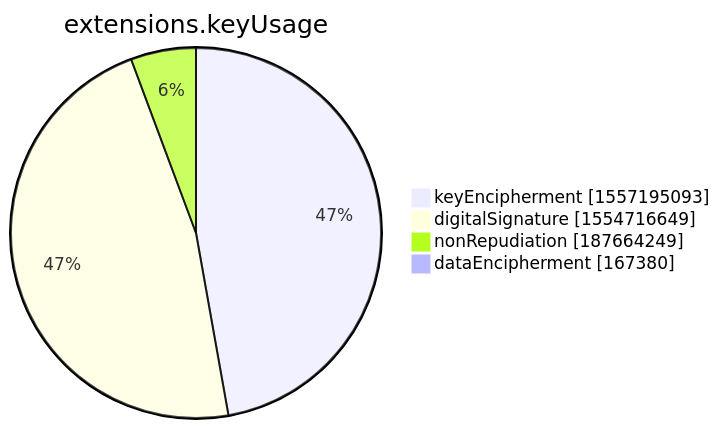
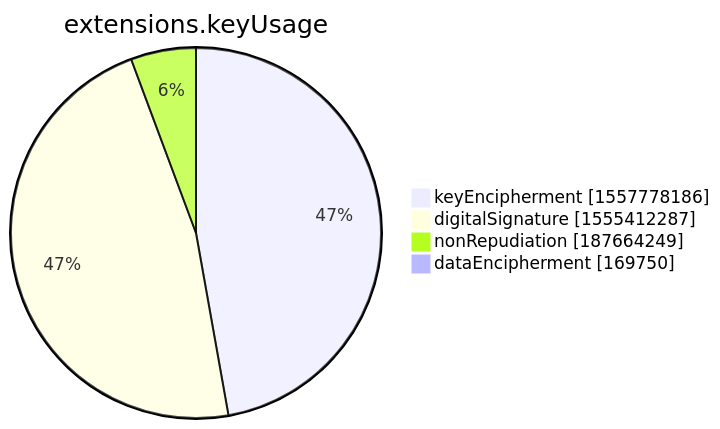
The seventh of 15 diagrams in xenon2022/README.md (christiankrug/ctmonitor_visualization), drawn with Mermaid before and after one commit. The commit also changed other lines of this file, not shown here.

````diff
--- a/xenon2022/README.md
+++ b/xenon2022/README.md
@@ -2852,8 +2852,8 @@
 ```mermaid
 pie showData
 title extensions.keyUsage
-"keyEncipherment" :1557195093
-"digitalSignature" :1554716649
+"keyEncipherment" :1557778186
+"digitalSignature" :1555412287
 "nonRepudiation" :187664249
-"dataEncipherment" :167380
+"dataEncipherment" :169750
 ```
````
